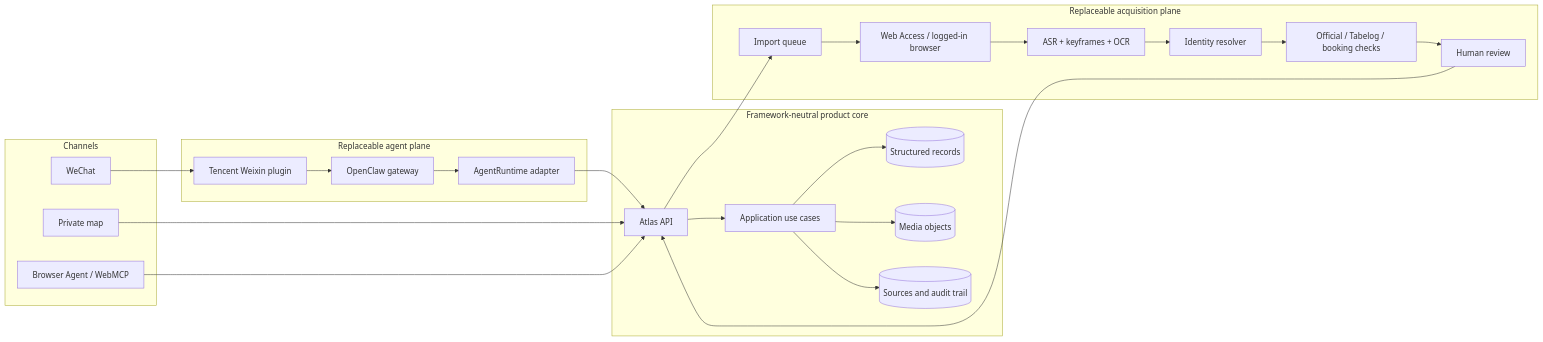
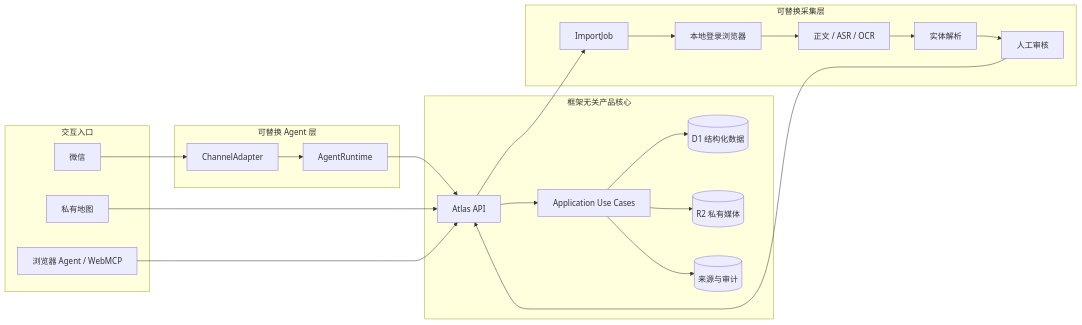
One commit to AndyZhou952/place-atlas changed the diagram in docs/architecture.md. Above: the diagram before and after it, drawn with Mermaid. The commit also changed other lines of this file and 29 other files, not shown here.

````diff
--- a/docs/architecture.md
+++ b/docs/architecture.md
@@ -24,39 +19,33 @@
 ```mermaid
 flowchart LR
-    subgraph Channels
-      WX[WeChat]
-      WEB[Private map]
-      WM[Browser Agent / WebMCP]
+    subgraph Channels[交互入口]
+      WX[微信]
+      WEB[私有地图]
+      WM[浏览器 Agent / WebMCP]
     end
-
-    subgraph AgentPlane[Replaceable agent plane]
-      WXP[Tencent Weixin plugin]
-      GW[OpenClaw gateway]
-      AR[AgentRuntime adapter]
+    subgraph AgentPlane[可替换 Agent 层]
+      CA[ChannelAdapter]
+      RT[AgentRuntime]
     end
-
-    subgraph ProductCore[Framework-neutral product core]
+    subgraph Core[框架无关产品核心]
       API[Atlas API]
-      UC[Application use cases]
-      DB[(Structured records)]
-      OBJ[(Media objects)]
-      AUDIT[(Sources and audit trail)]
+      UC[Application Use Cases]
+      DB[(D1 结构化数据)]
+      OBJ[(R2 私有媒体)]
+      AUDIT[(来源与审计)]
     end
-
-    subgraph Acquisition[Replaceable acquisition plane]
-      JOB[Import queue]
-      WA[Web Access / logged-in browser]
-      MEDIA[ASR + keyframes + OCR]
-      ID[Identity resolver]
-      VERIFY[Official / Tabelog / booking checks]
-      REVIEW[Human review]
+    subgraph Acquisition[可替换采集层]
+      JOB[ImportJob]
+      BROWSER[本地登录浏览器]
+      EXTRACT[正文 / ASR / OCR]
+      RESOLVE[实体解析]
+      REVIEW[人工审核]
     end
-
-    WX --> WXP --> GW --> AR --> API
+    WX --> CA --> RT --> API
     WEB --> API
     WM --> API
     API --> UC --> DB
     UC --> OBJ
     UC --> AUDIT
-    API --> JOB --> WA --> MEDIA --> ID --> VERIFY --> REVIEW --> API
+    API --> JOB --> BROWSER --> EXTRACT --> RESOLVE --> REVIEW --> API
 ```
````
